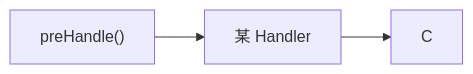
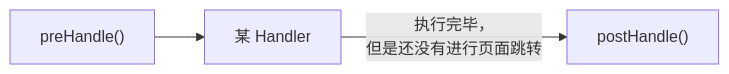
The sixth of 7 diagrams in _posts/java/framework/spring-mvc/2021-08-22-03-usage.md (kekaiyuan/resource), drawn with Mermaid before and after one commit.

Commit message:
修改文件: _posts/java/framework/spring-mvc/2021-08-22-03-usage.md

```diff
--- a/_posts/java/framework/spring-mvc/2021-08-22-03-usage.md
+++ b/_posts/java/framework/spring-mvc/2021-08-22-03-usage.md
@@ -685,5 +685,5 @@
 <div class="mermaid">
 graph LR;
 A["preHandle()"] --> B["某 Handler"];
-B["某 Handler"] --> C;
+B["某 Handler"] -->|"执行完毕，<br>但是还没有进行页面跳转"| C["postHandle()"];
 </div>
```
